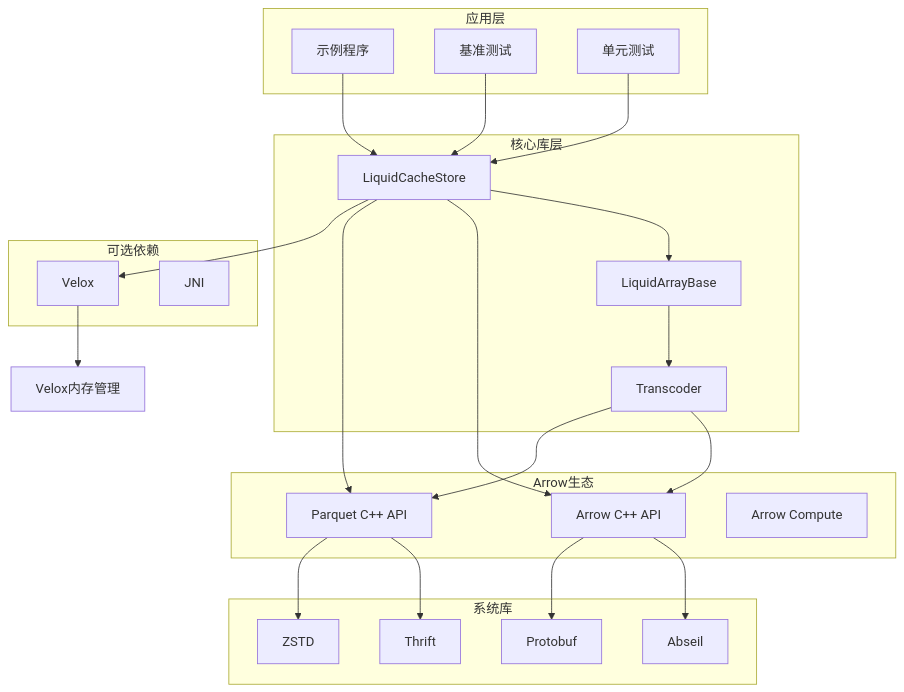
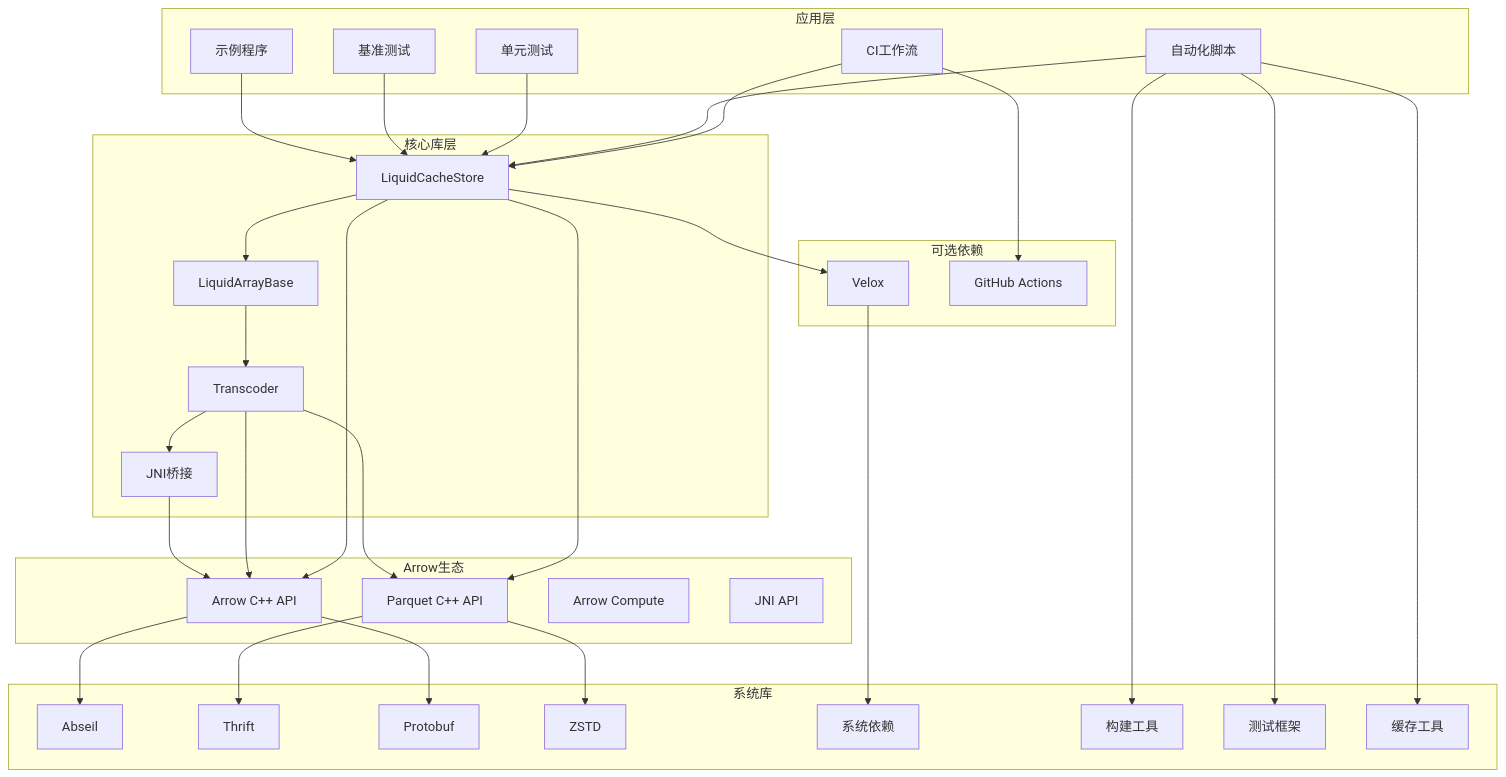
Before and after one commit to tenglei/liquidCacheVelox: the sixth of 6 diagrams in .qoder/repowiki/zh/content/开发工具与实用程序.md, drawn with Mermaid. The commit also changed other lines of this file and 3 other files, not shown here.

````diff
--- a/.qoder/repowiki/zh/content/开发工具与实用程序.md
+++ b/.qoder/repowiki/zh/content/开发工具与实用程序.md
@@ -327,43 +475,59 @@
 ```mermaid
 graph TB
 subgraph "应用层"
 A[示例程序]
 B[基准测试]
 C[单元测试]
+D[自动化脚本]
+E[CI工作流]
 end
 subgraph "核心库层"
-D[LiquidCacheStore]
-E[LiquidArrayBase]
-F[Transcoder]
+F[LiquidCacheStore]
+G[LiquidArrayBase]
+H[Transcoder]
+I[JNI桥接]
 end
 subgraph "Arrow生态"
-G[Arrow C++ API]
-H[Parquet C++ API]
-I[Arrow Compute]
+J[Arrow C++ API]
+K[Parquet C++ API]
+L[Arrow Compute]
+M[JNI API]
 end
 subgraph "可选依赖"
-J[Velox]
-K[JNI]
+N[Velox]
+O[GitHub Actions]
 end
 subgraph "系统库"
-L[Abseil]
-M[Thrift]
-N[Protobuf]
-O[ZSTD]
+P[Abseil]
+Q[Thrift]
+R[Protobuf]
+S[ZSTD]
+T[系统依赖]
+U[构建工具]
+V[测试框架]
+W[缓存工具]
 end
-A --> D
-B --> D
-C --> D
-D --> E
+A --> F
+B --> F
+C --> F
+D --> F
 E --> F
 F --> G
-F --> H
-D --> G
-D --> H
-D --> J
-G --> L
-H --> M
-G --> N
-H --> O
-J --> P[Velox内存管理]
+G --> H
+H --> I
+I --> J
+H --> J
+H --> K
+F --> J
+F --> K
+F --> N
+J --> P
+K --> Q
+J --> R
+K --> S
+N --> T
+D --> U
+D --> V
+D --> W
+E --> O
 ```
````
